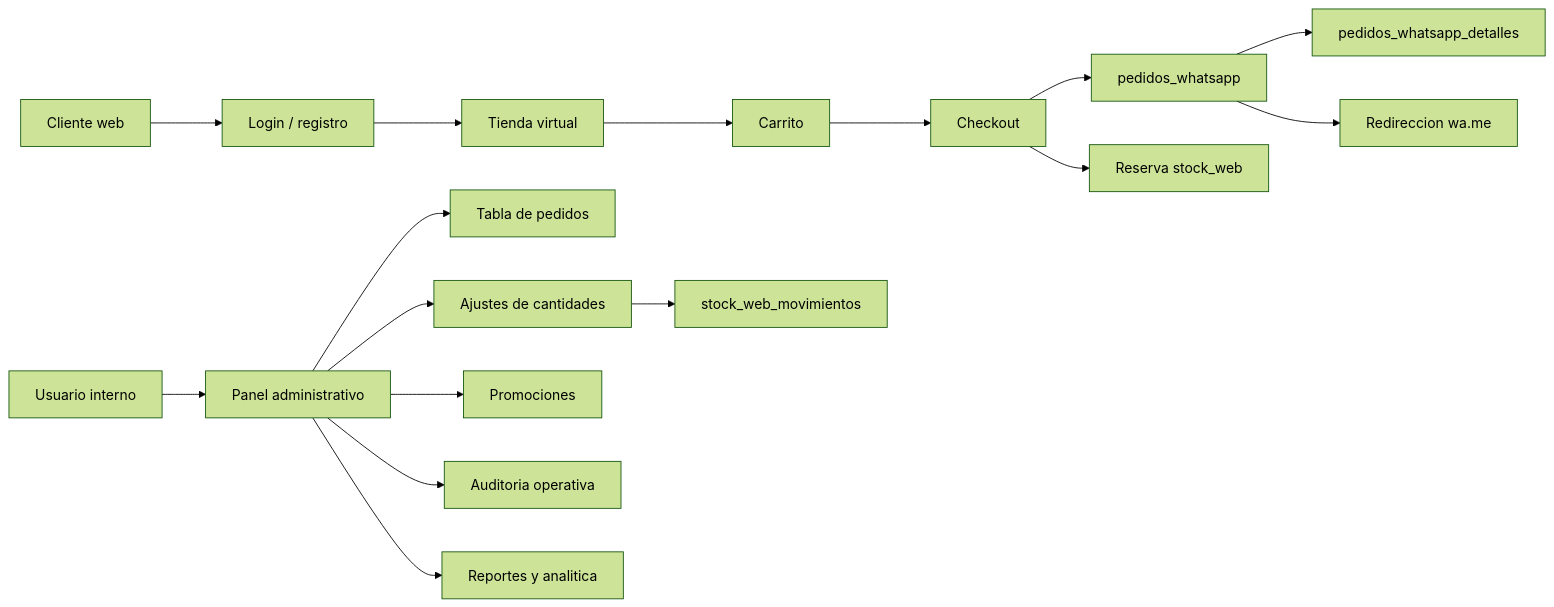
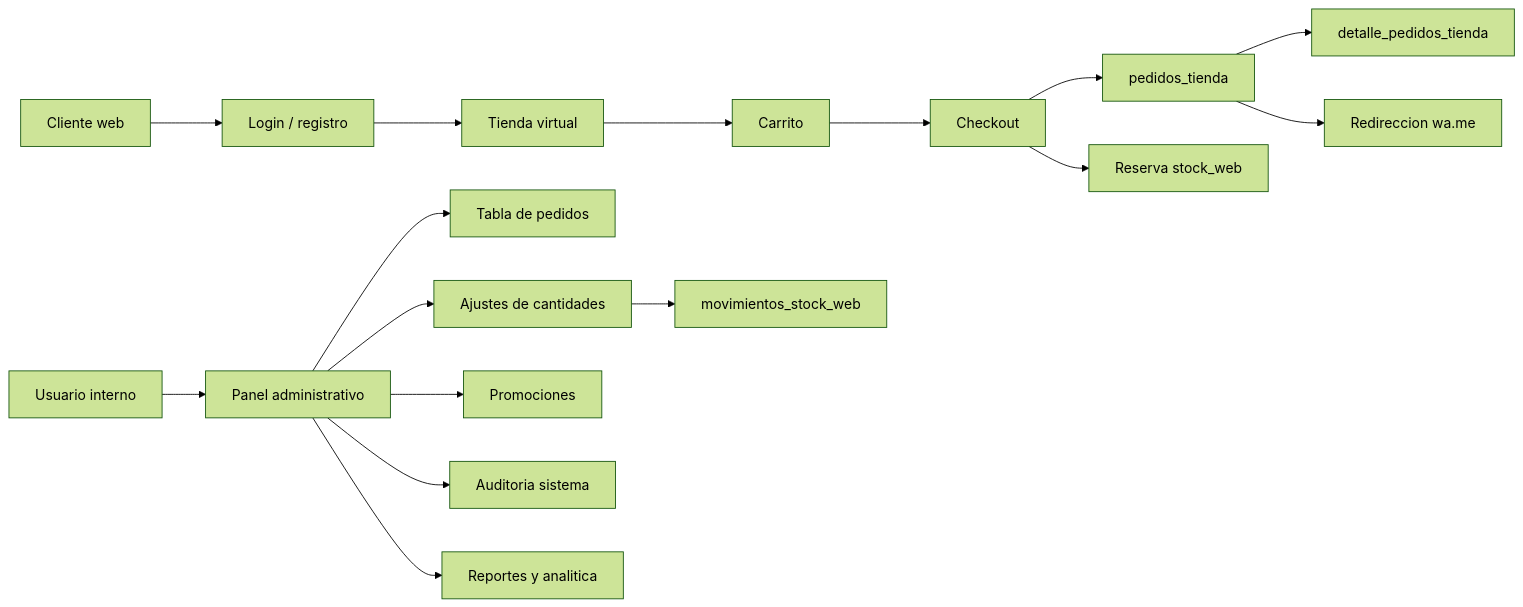
One commit to georgeelimelec-byte/tienda_km2 changed the first of 4 diagrams in outputs/architecture_docs/ARQUITECTURA_Y_DIAGRAMAS.md. Above: the diagram before and after it, drawn with Mermaid (forest theme). The commit also changed other lines of this file and 67 other files, not shown here.

````diff
--- a/outputs/architecture_docs/ARQUITECTURA_Y_DIAGRAMAS.md
+++ b/outputs/architecture_docs/ARQUITECTURA_Y_DIAGRAMAS.md
@@ -14,19 +14,19 @@
 ```mermaid
 flowchart LR
     Cliente["Cliente web"] --> Cuenta["Login / registro"]
     Cuenta --> Tienda["Tienda virtual"]
     Tienda --> Carrito["Carrito"]
     Carrito --> Checkout["Checkout"]
-    Checkout --> Pedido["pedidos_whatsapp"]
+    Checkout --> Pedido["pedidos_tienda"]
     Checkout --> Stock["Reserva stock_web"]
-    Pedido --> Detalle["pedidos_whatsapp_detalles"]
+    Pedido --> Detalle["detalle_pedidos_tienda"]
     Pedido --> WhatsApp["Redireccion wa.me"]
 
     Admin["Usuario interno"] --> Panel["Panel administrativo"]
     Panel --> Pedidos["Tabla de pedidos"]
     Panel --> Ajustes["Ajustes de cantidades"]
-    Ajustes --> StockMov["stock_web_movimientos"]
+    Ajustes --> StockMov["movimientos_stock_web"]
     Panel --> Promos["Promociones"]
-    Panel --> Auditoria["Auditoria operativa"]
+    Panel --> Auditoria["Auditoria sistema"]
     Panel --> Reportes["Reportes y analitica"]
 ```
````
